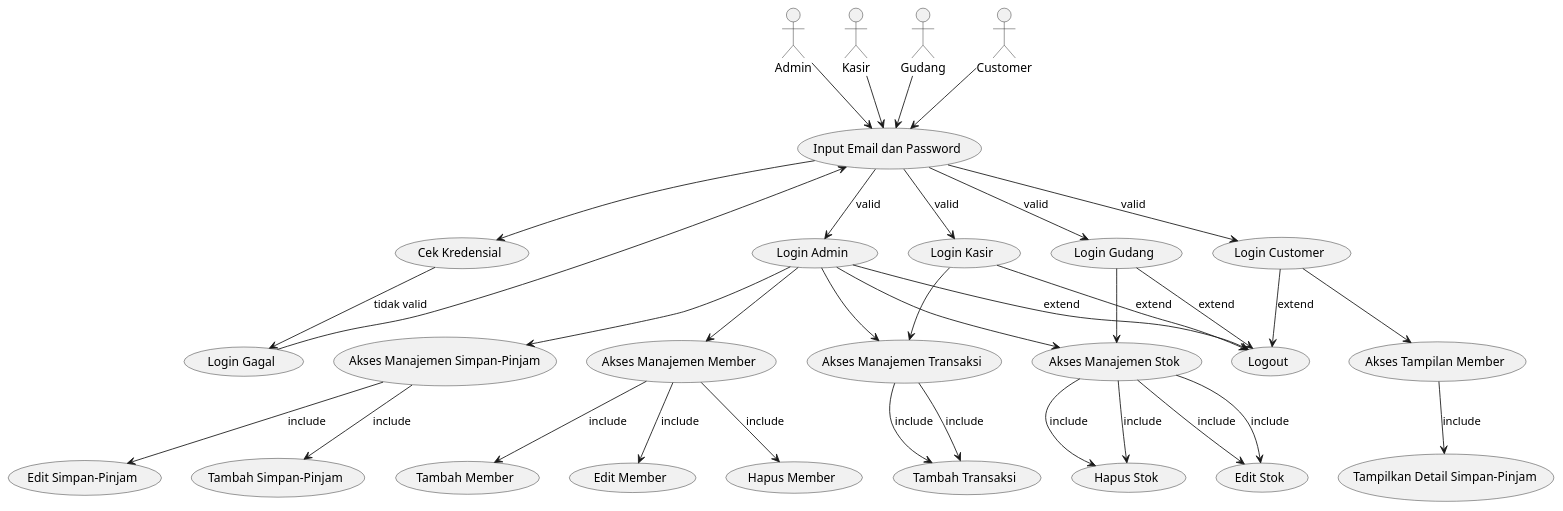
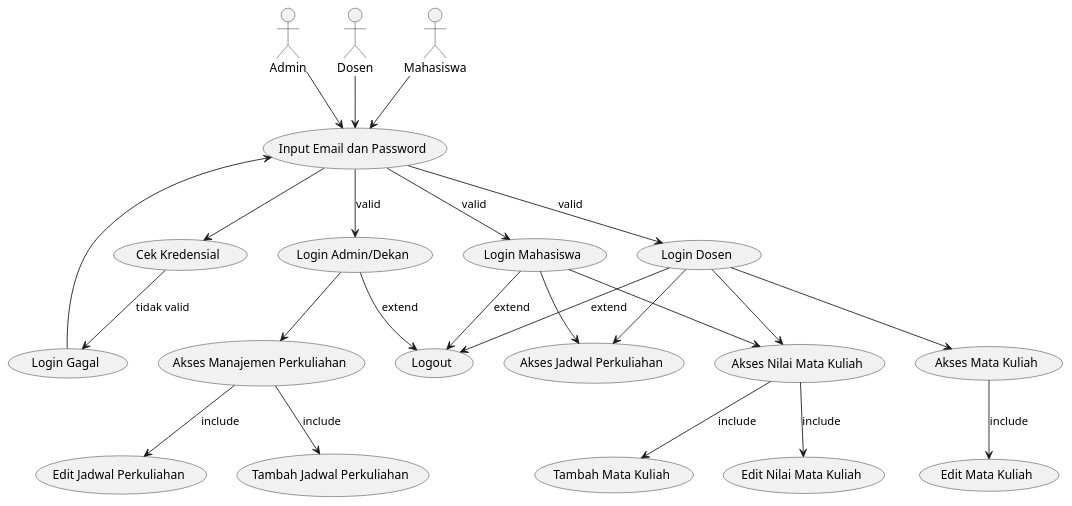
One commit to Athirs-u/DAA-UTS changed the diagram in usecase/usecase.puml. Above: the diagram before and after it, drawn with PlantUML. The commit also changed 76 other files, not shown here.

```diff
--- a/usecase/usecase.puml
+++ b/usecase/usecase.puml
@@ -1,69 +1,50 @@
 @startuml jadwal
 actor Admin
-actor Kasir
-actor Gudang
-actor Customer
+actor Dosen
+actor Mahasiswa
 
 usecase "Input Email dan Password" as UC1
 usecase "Cek Kredensial" as UC2
 usecase "Login Gagal" as UC3
-usecase "Login Admin" as UC4
-usecase "Login Kasir" as UC5
-usecase "Login Gudang" as UC6
-usecase "Login Customer" as UC7
-usecase "Akses Manajemen Transaksi" as UC8
-usecase "Tambah Transaksi" as UC9
-usecase "Akses Manajemen Stok" as UC10
-usecase "Edit Stok" as UC11
-usecase "Hapus Stok" as UC12
-usecase "Akses Manajemen Member" as UC13
-usecase "Tambah Member" as UC14
-usecase "Edit Member" as UC15
-usecase "Hapus Member" as UC16
-usecase "Akses Manajemen Simpan-Pinjam" as UC17
-usecase "Tambah Simpan-Pinjam" as UC18
-usecase "Edit Simpan-Pinjam" as UC19
-usecase "Akses Tampilan Member" as UC20
-usecase "Tampilkan Detail Simpan-Pinjam" as UC21
-usecase "Logout" as UC22
+usecase "Login Admin/Dekan" as UC4
+usecase "Login Mahasiswa" as UC5
+usecase "Login Dosen" as UC6
+usecase "Akses Manajemen Perkuliahan" as UC7
+usecase "Akses Jadwal Perkuliahan" as UC8
+usecase "Tambah Jadwal Perkuliahan" as UC9
+usecase "Edit Jadwal Perkuliahan" as UC10
+usecase "Edit Nilai Mata Kuliah" as UC11
+usecase "Akses Nilai Mata Kuliah" as UC12
+usecase "Akses Mata Kuliah" as UC13
+usecase "Edit Mata Kuliah" as UC14
+usecase "Tambah Mata Kuliah" as UC16
+usecase "Logout" as UC15
 
 Admin --> UC1
-Kasir --> UC1
-Gudang --> UC1
-Customer --> UC1
+Dosen --> UC1
+Mahasiswa --> UC1
 UC1 --> UC2
 UC2 --> UC3: tidak valid
 UC3 --> UC1
 
 UC1 --> UC4: valid
-UC4 --> UC8
-UC8 --> UC9: include
-UC4 --> UC10
-UC10 --> UC11: include
-UC10 --> UC12: include
-UC4 --> UC13
-UC13 --> UC14: include
-UC13 --> UC15: include
-UC13 --> UC16: include
-UC4 --> UC17
-UC17 --> UC18: include
-UC17 --> UC19: include
-UC4 --> UC22 : extend
+UC4 --> UC7
+UC7 --> UC9: include
+UC7 --> UC10: include
+UC4 --> UC15 : extend
 
 UC1 --> UC5: valid
 UC5 --> UC8
-UC8 --> UC9: include
-UC5 --> UC22 : extend
+UC5 --> UC12
+UC12 --> UC16: include
+UC5 --> UC15 : extend
 
 UC1 --> UC6: valid
-UC6 --> UC10
-UC10 --> UC11: include
-UC10 --> UC12: include
-UC6 --> UC22 : extend
-
-UC1 --> UC7: valid
-UC7 --> UC20
-UC20 --> UC21: include
-UC7 --> UC22 : extend
+UC6 --> UC8
+UC6 --> UC12
+UC12 --> UC11: include
+UC6 --> UC13
+UC13 --> UC14: include
+UC6 --> UC15 : extend
 
 @enduml
```
